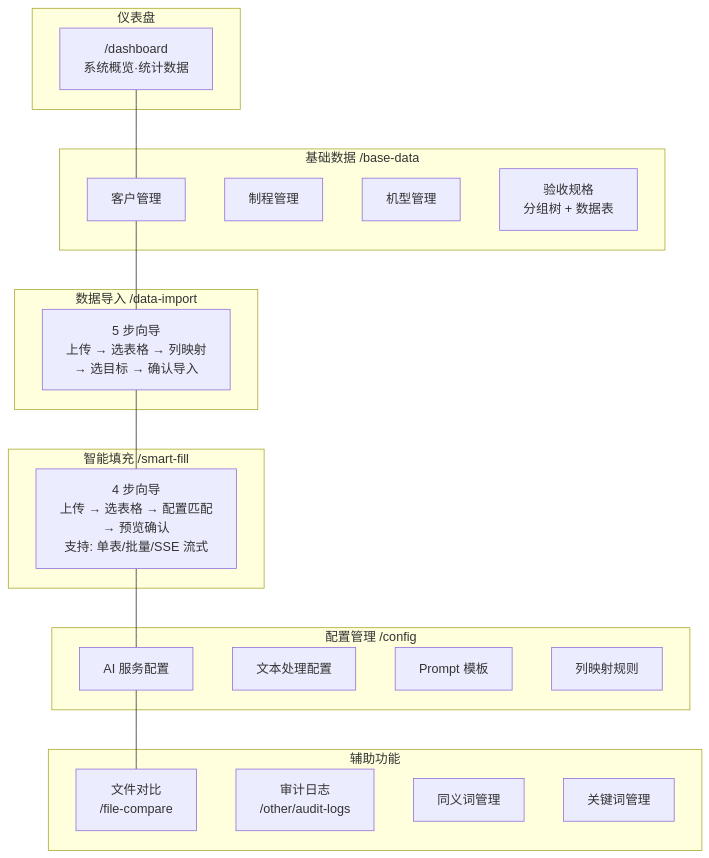
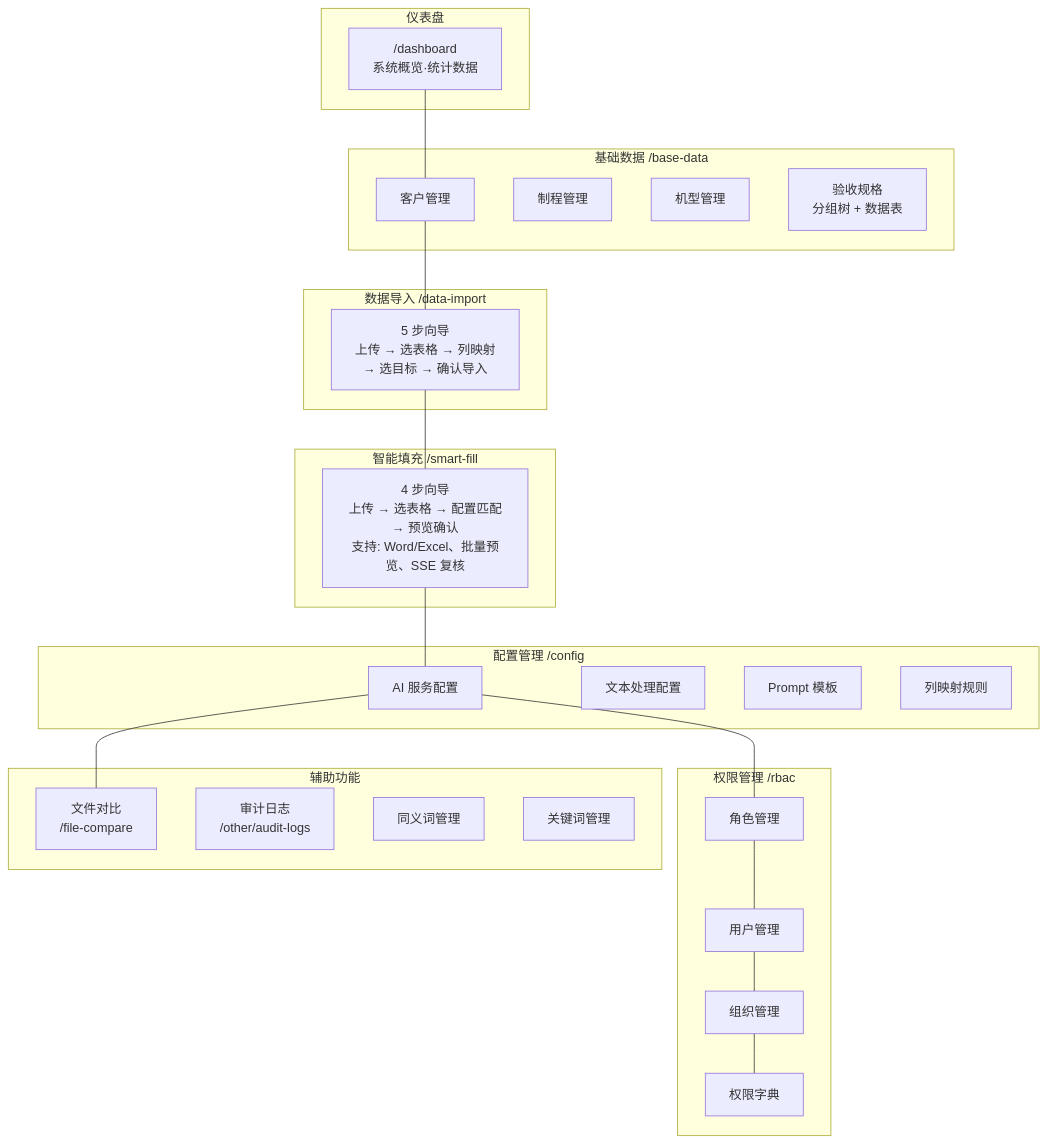
One commit to xiaocaiisxiaocai/AcceptanceSpecRecognition changed diagram 19 of 28 in docs/design-overview.md. Above: the diagram before and after it, drawn with Mermaid. The commit also changed other lines of this file and 51 other files, not shown here.

````diff
--- a/docs/design-overview.md
+++ b/docs/design-overview.md
@@ -827,41 +944,52 @@
 ```mermaid
 graph TB
   subgraph DASHBOARD["仪表盘"]
     DASH["/dashboard<br/>系统概览·统计数据"]
   end
 
   subgraph BASE_DATA["基础数据 /base-data"]
     CUST[客户管理]
     PROC[制程管理]
     MACH[机型管理]
     SPEC["验收规格<br/>分组树 + 数据表"]
   end
 
   subgraph DATA_IMPORT["数据导入 /data-import"]
     IMP["5 步向导<br/>上传 → 选表格 → 列映射<br/>→ 选目标 → 确认导入"]
   end
 
   subgraph SMART_FILL["智能填充 /smart-fill"]
-    FILL["4 步向导<br/>上传 → 选表格 → 配置匹配<br/>→ 预览确认<br/>支持: 单表/批量/SSE 流式"]
+    FILL["4 步向导<br/>上传 → 选表格 → 配置匹配<br/>→ 预览确认<br/>支持: Word/Excel、批量预览、SSE 复核"]
   end
 
   subgraph CONFIG["配置管理 /config"]
     AI_CFG[AI 服务配置]
     TXT_CFG[文本处理配置]
     PMT_CFG["Prompt 模板"]
     COL_CFG[列映射规则]
+  end
+
+  subgraph RBAC["权限管理 /rbac"]
+    ROLE[角色管理]
+    USER[用户管理]
+    ORG[组织管理]
+    PERM[权限字典]
   end
 
   subgraph AUX["辅助功能"]
     FC["文件对比<br/>/file-compare"]
     AUDIT["审计日志<br/>/other/audit-logs"]
     SYN[同义词管理]
     KW[关键词管理]
   end
 
   DASH --- CUST
   CUST --- IMP
   IMP --- FILL
   FILL --- AI_CFG
+  AI_CFG --- ROLE
+  ROLE --- USER
+  USER --- ORG
+  ORG --- PERM
   AI_CFG --- FC
 ```
````
